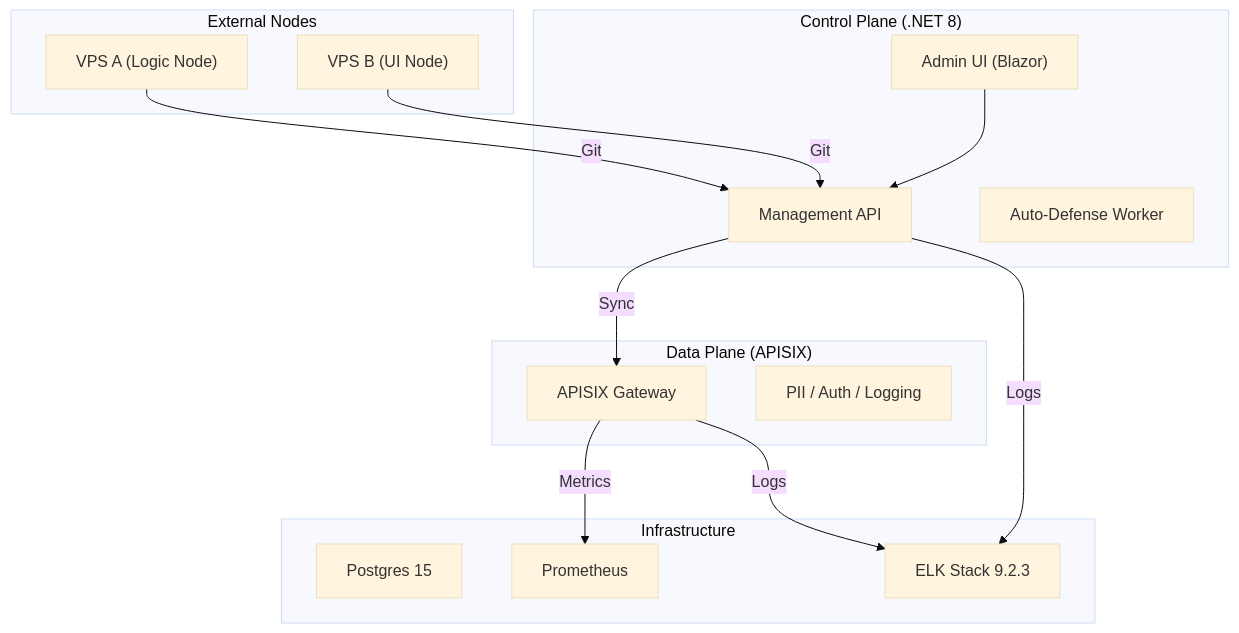
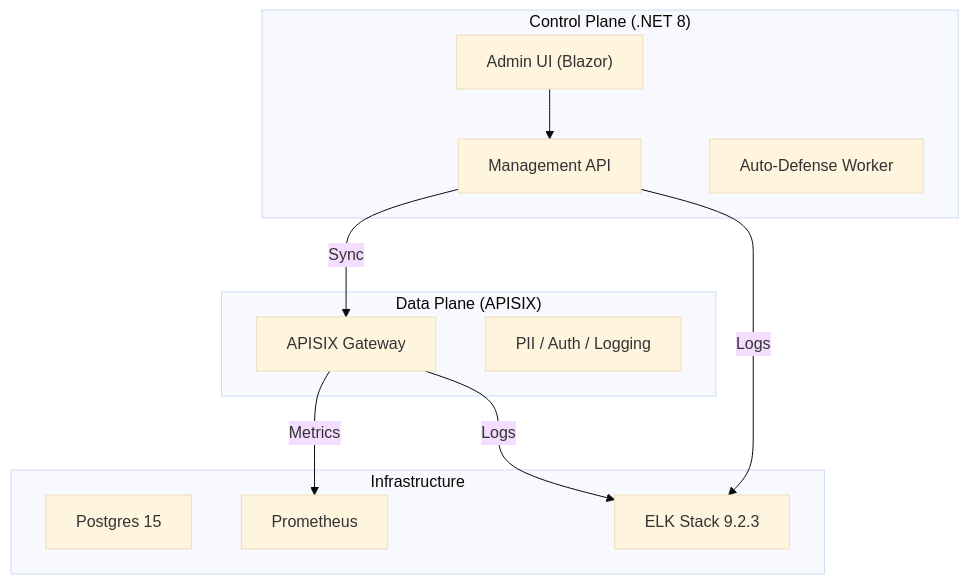
Before and after one commit to fdjy1234/milk-api-manager-system: the diagram in README.md, drawn with Mermaid (base theme).

Commit message:
docs: simplify architecture diagram in README

````diff
--- a/README.md
+++ b/README.md
@@ -34,30 +34,24 @@
 ```mermaid
 flowchart TB
-    subgraph "External Nodes"
-        VPSA["VPS A (Logic Node)"]
-        VPSB["VPS B (UI Node)"]
-    end
-
     subgraph "Control Plane (.NET 8)"
         UI["Admin UI (Blazor)"]
         API["Management API"]
         Worker["Auto-Defense Worker"]
     end
 
     subgraph "Data Plane (APISIX)"
         GW["APISIX Gateway"]
         Plugin["PII / Auth / Logging"]
     end
 
     subgraph "Infrastructure"
         DB[Postgres 15]
         PROM[Prometheus]
         ELK[ELK Stack 9.2.3]
     end
 
-    VPSA & VPSB -->|Git| API
     UI --> API
     API -->|Sync| GW
     GW -->|Metrics| PROM
     GW & API -->|Logs| ELK
 ```
````
